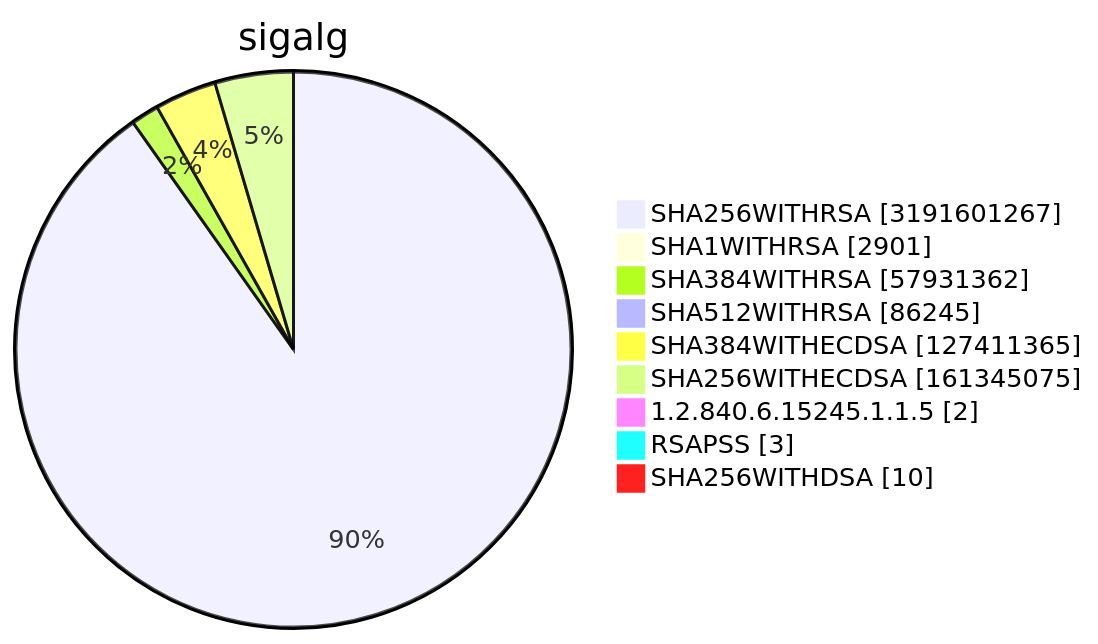
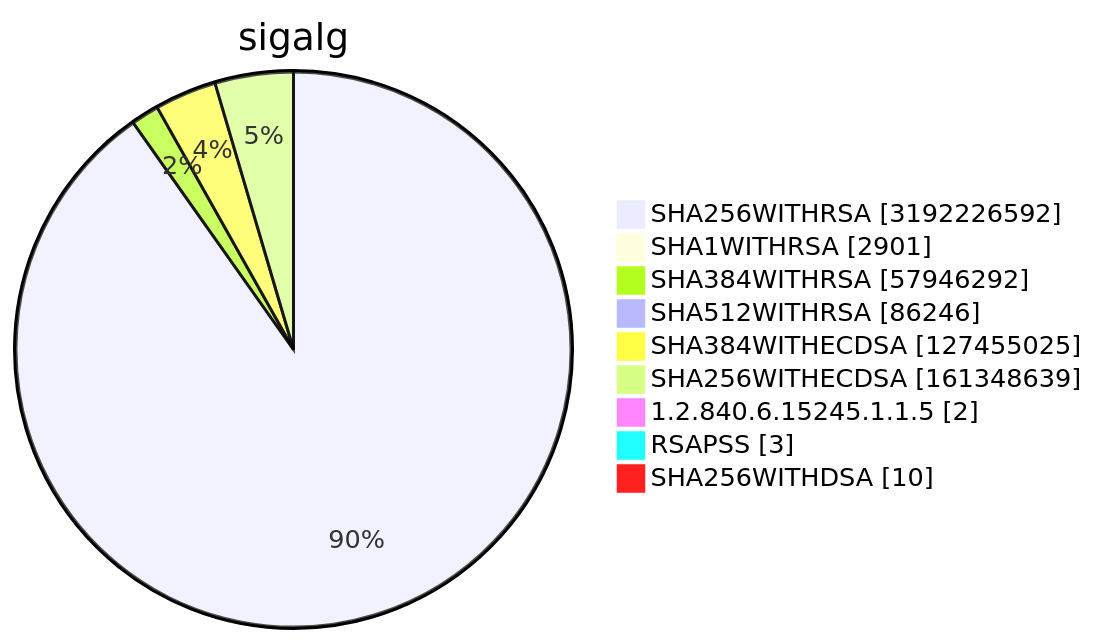
One commit to christiankrug/ctmonitor_visualization changed diagram 15 of 15 in TOTAL/README.md. Above: the diagram before and after it, drawn with Mermaid. The commit also changed other lines of this file, not shown here.

````diff
--- a/TOTAL/README.md
+++ b/TOTAL/README.md
@@ -6216,13 +6216,13 @@
 ```mermaid
 pie showData
 title sigalg
-"SHA256WITHRSA" :3191601267
+"SHA256WITHRSA" :3192226592
 "SHA1WITHRSA" :2901
-"SHA384WITHRSA" :57931362
-"SHA512WITHRSA" :86245
-"SHA384WITHECDSA" :127411365
-"SHA256WITHECDSA" :161345075
+"SHA384WITHRSA" :57946292
+"SHA512WITHRSA" :86246
+"SHA384WITHECDSA" :127455025
+"SHA256WITHECDSA" :161348639
 "1.2.840.6.15245.1.1.5" :2
 "RSAPSS" :3
 "SHA256WITHDSA" :10
 ```
````
